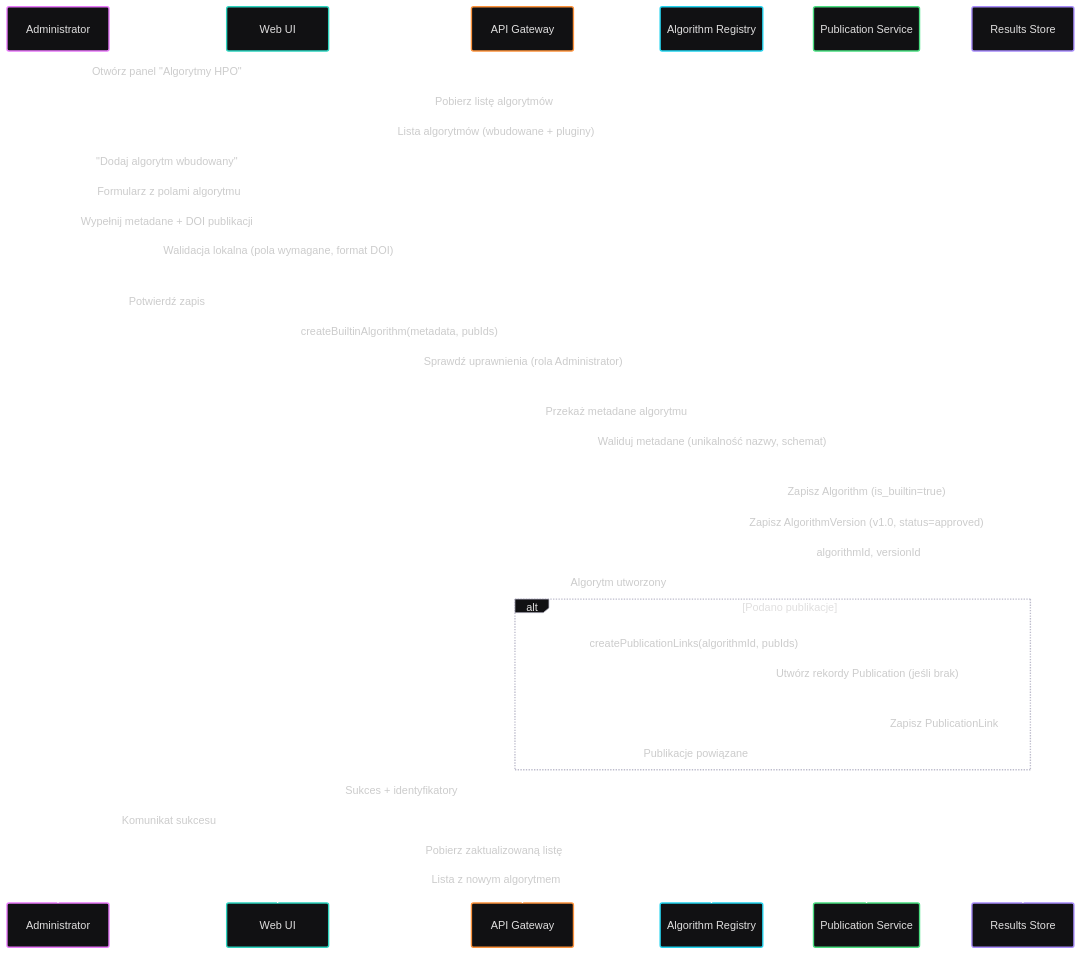
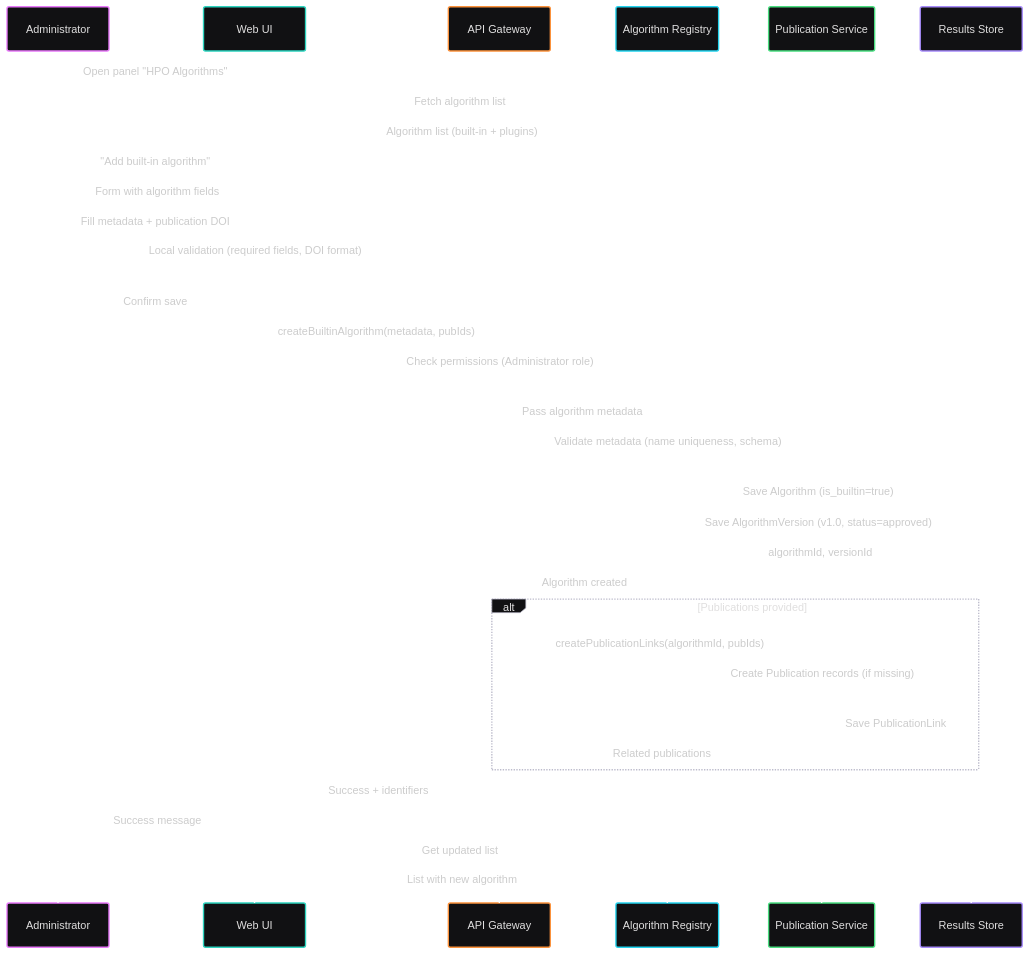
The sixth of 33 diagrams in docs/requirements/use-cases.md (jedrzejpolaczek/aviarium.corvidae.corvus_corone), drawn with Mermaid before and after one commit. The commit also changed other lines of this file and 21 other files, not shown here.

````diff
--- a/docs/requirements/use-cases.md
+++ b/docs/requirements/use-cases.md
@@ -295,39 +295,39 @@
 ```mermaid
 ---
 config:
   theme: redux-dark-color
 ---
 sequenceDiagram
     participant A3 as Administrator
     participant UI as Web UI
     participant API as API Gateway
     participant AR as Algorithm Registry
     participant PS as Publication Service
     participant RS as Results Store
-    A3->>UI: Otwórz panel "Algorytmy HPO"
-    UI->>AR: Pobierz listę algorytmów
-    AR-->>UI: Lista algorytmów (wbudowane + pluginy)
-    A3->>UI: "Dodaj algorytm wbudowany"
-    UI-->>A3: Formularz z polami algorytmu
-    A3->>UI: Wypełnij metadane + DOI publikacji
-    UI->>UI: Walidacja lokalna (pola wymagane, format DOI)
-    A3->>UI: Potwierdź zapis
+    A3->>UI: Open panel "HPO Algorithms"
+    UI->>AR: Fetch algorithm list
+    AR-->>UI: Algorithm list (built-in + plugins)
+    A3->>UI: "Add built-in algorithm"
+    UI-->>A3: Form with algorithm fields
+    A3->>UI: Fill metadata + publication DOI
+    UI->>UI: Local validation (required fields, DOI format)
+    A3->>UI: Confirm save
     UI->>API: createBuiltinAlgorithm(metadata, pubIds)
-    API->>API: Sprawdź uprawnienia (rola Administrator)
-    API->>AR: Przekaż metadane algorytmu
-    AR->>AR: Waliduj metadane (unikalność nazwy, schemat)
-    AR->>RS: Zapisz Algorithm (is_builtin=true)
-    AR->>RS: Zapisz AlgorithmVersion (v1.0, status=approved)
+    API->>API: Check permissions (Administrator role)
+    API->>AR: Pass algorithm metadata
+    AR->>AR: Validate metadata (name uniqueness, schema)
+    AR->>RS: Save Algorithm (is_builtin=true)
+    AR->>RS: Save AlgorithmVersion (v1.0, status=approved)
     RS-->>AR: algorithmId, versionId
-    AR-->>API: Algorytm utworzony
-    alt Podano publikacje
+    AR-->>API: Algorithm created
+    alt Publications provided
         API->>PS: createPublicationLinks(algorithmId, pubIds)
-        PS->>PS: Utwórz rekordy Publication (jeśli brak)
-        PS->>RS: Zapisz PublicationLink
-        PS-->>API: Publikacje powiązane
+        PS->>PS: Create Publication records (if missing)
+        PS->>RS: Save PublicationLink
+        PS-->>API: Related publications
     end
-    API-->>UI: Sukces + identyfikatory
-    UI-->>A3: Komunikat sukcesu
-    UI->>AR: Pobierz zaktualizowaną listę
-    AR-->>UI: Lista z nowym algorytmem
+    API-->>UI: Success + identifiers
+    UI-->>A3: Success message
+    UI->>AR: Get updated list
+    AR-->>UI: List with new algorithm
 ```
````
